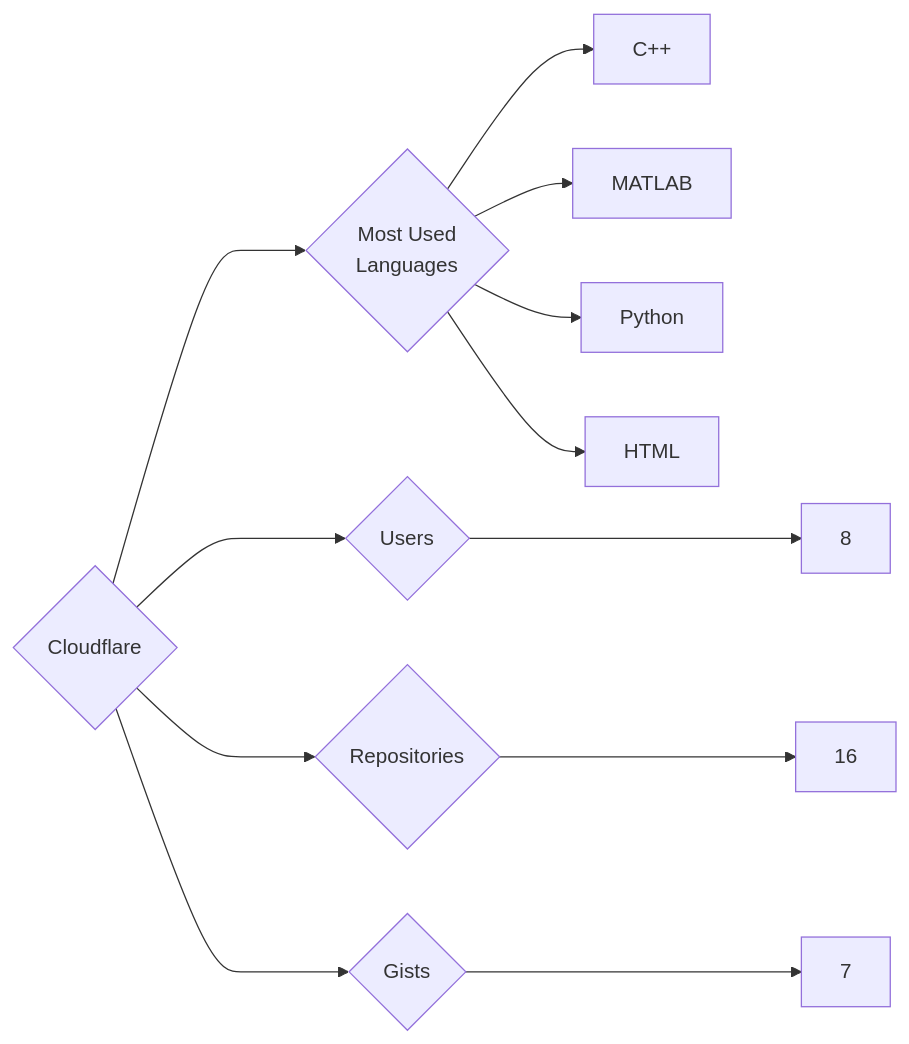
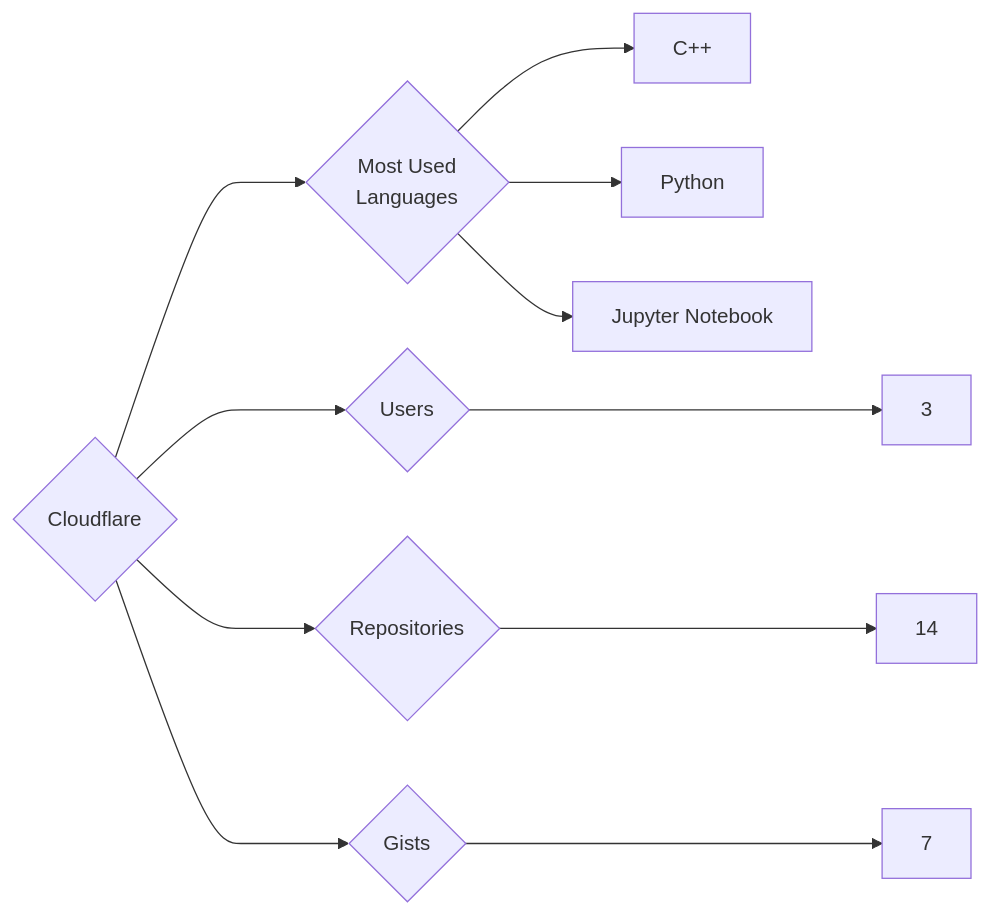
Before and after one commit to trickest/insiders: the diagram in targets/Cloudflare/README.md, drawn with Mermaid. The commit also changed 611 other files, not shown here.

````diff
--- a/targets/Cloudflare/README.md
+++ b/targets/Cloudflare/README.md
@@ -3,12 +3,11 @@
 ```mermaid
 graph LR
 COMPANY_NAME{Cloudflare}
-COMPANY_NAME ---> U{Users} ---> UN[8]
-COMPANY_NAME ---> R{Repositories} ---> RN[16]
+COMPANY_NAME ---> U{Users} ---> UN[3]
+COMPANY_NAME ---> R{Repositories} ---> RN[14]
 COMPANY_NAME ---> G{Gists} ---> GN[7]
 COMPANY_NAME ---> ML{Most Used<br>Languages}
 ML --> C++[C++]
-ML --> MATLAB[MATLAB]
 ML --> Python[Python]
-ML --> HTML[HTML]
+ML --> Jupyter_Notebook[Jupyter Notebook]
 ```
````
